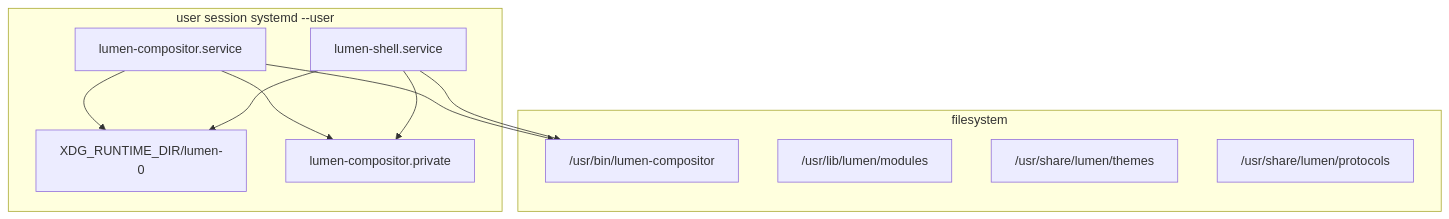
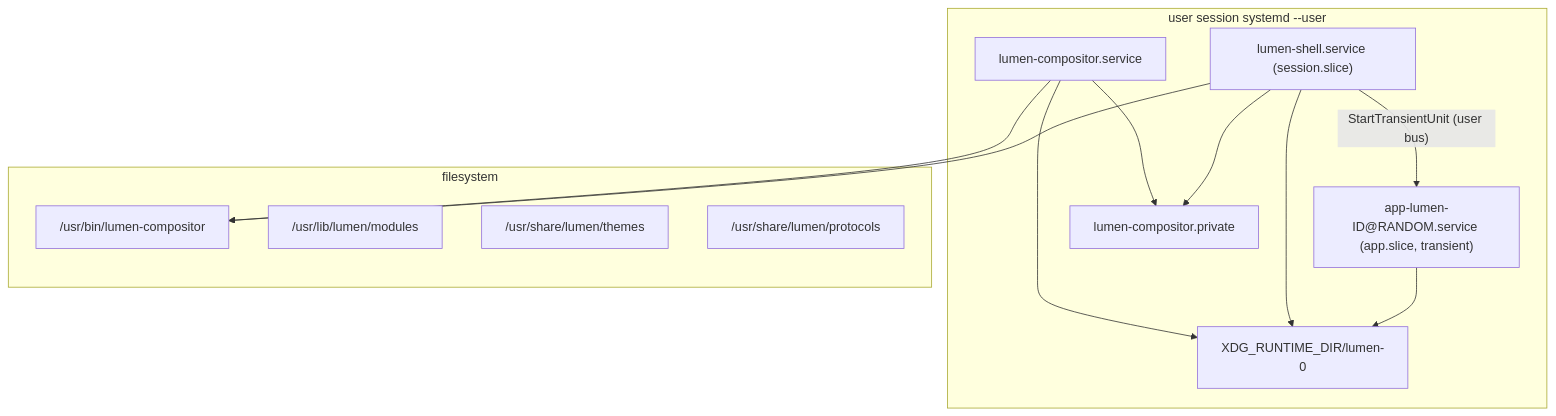
Before and after one commit to dimmus/lumen: the diagram in docs/uml/17-systemd-deployment.mmd, drawn with Mermaid. The commit also changed 121 other files, not shown here.

```diff
--- a/docs/uml/17-systemd-deployment.mmd
+++ b/docs/uml/17-systemd-deployment.mmd
@@ -1,21 +1,24 @@
 flowchart TB
     subgraph Session["user session systemd --user"]
         U_COMP["lumen-compositor.service"]
-        U_SHELL["lumen-shell.service"]
+        U_SHELL["lumen-shell.service (session.slice)"]
+        U_APP["app-lumen-ID@RANDOM.service (app.slice, transient)"]
         SK_WL["XDG_RUNTIME_DIR/lumen-0"]
         SK_PRIV["lumen-compositor.private"]
     end
 
     subgraph FS["filesystem"]
         BIN["/usr/bin/lumen-compositor"]
         MOD["/usr/lib/lumen/modules"]
         THEMES["/usr/share/lumen/themes"]
         PROT["/usr/share/lumen/protocols"]
     end
 
     U_COMP --> SK_WL
     U_COMP --> SK_PRIV
     U_SHELL --> SK_WL
     U_SHELL --> SK_PRIV
     U_COMP --> BIN
     U_SHELL --> BIN
+    U_SHELL -->|"StartTransientUnit (user bus)"| U_APP
+    U_APP --> SK_WL
```
